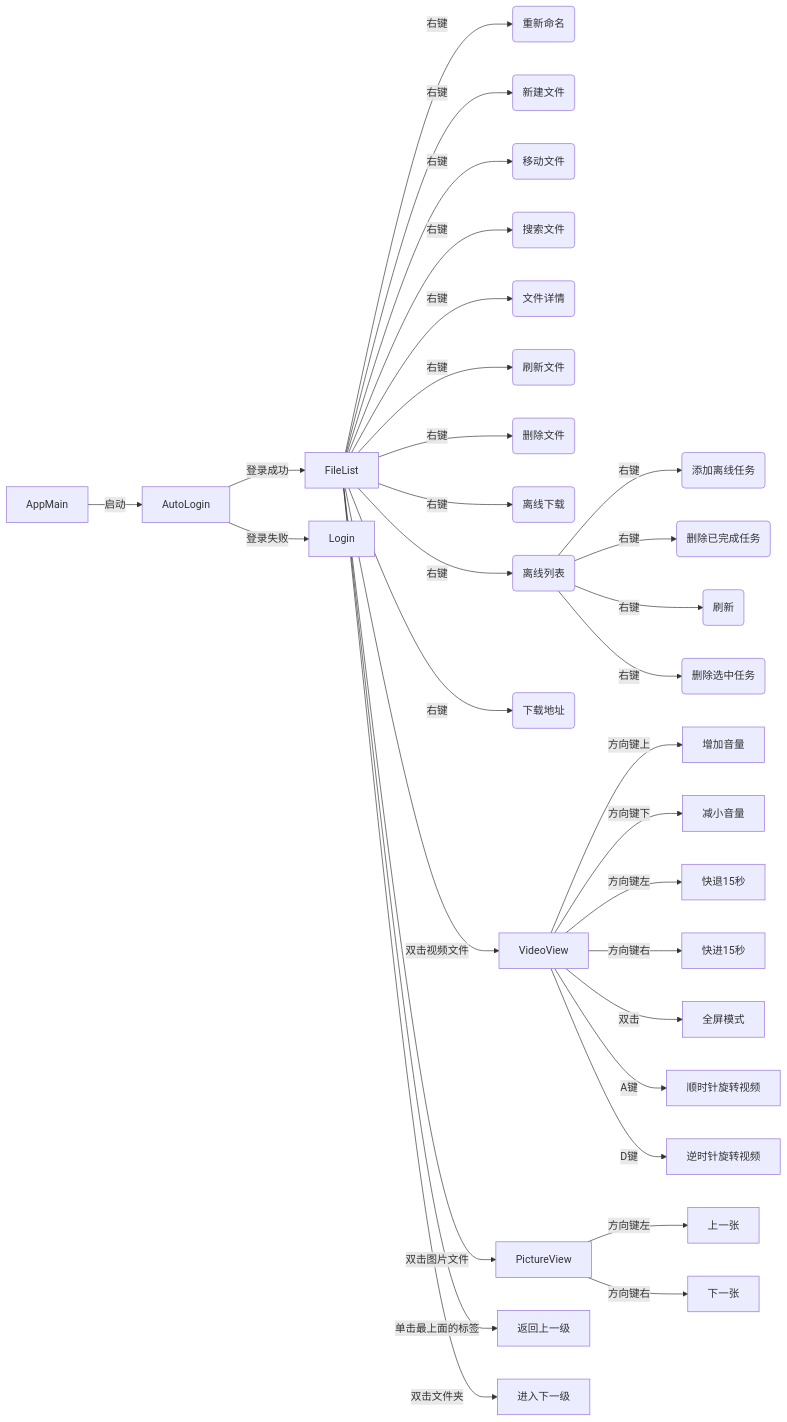
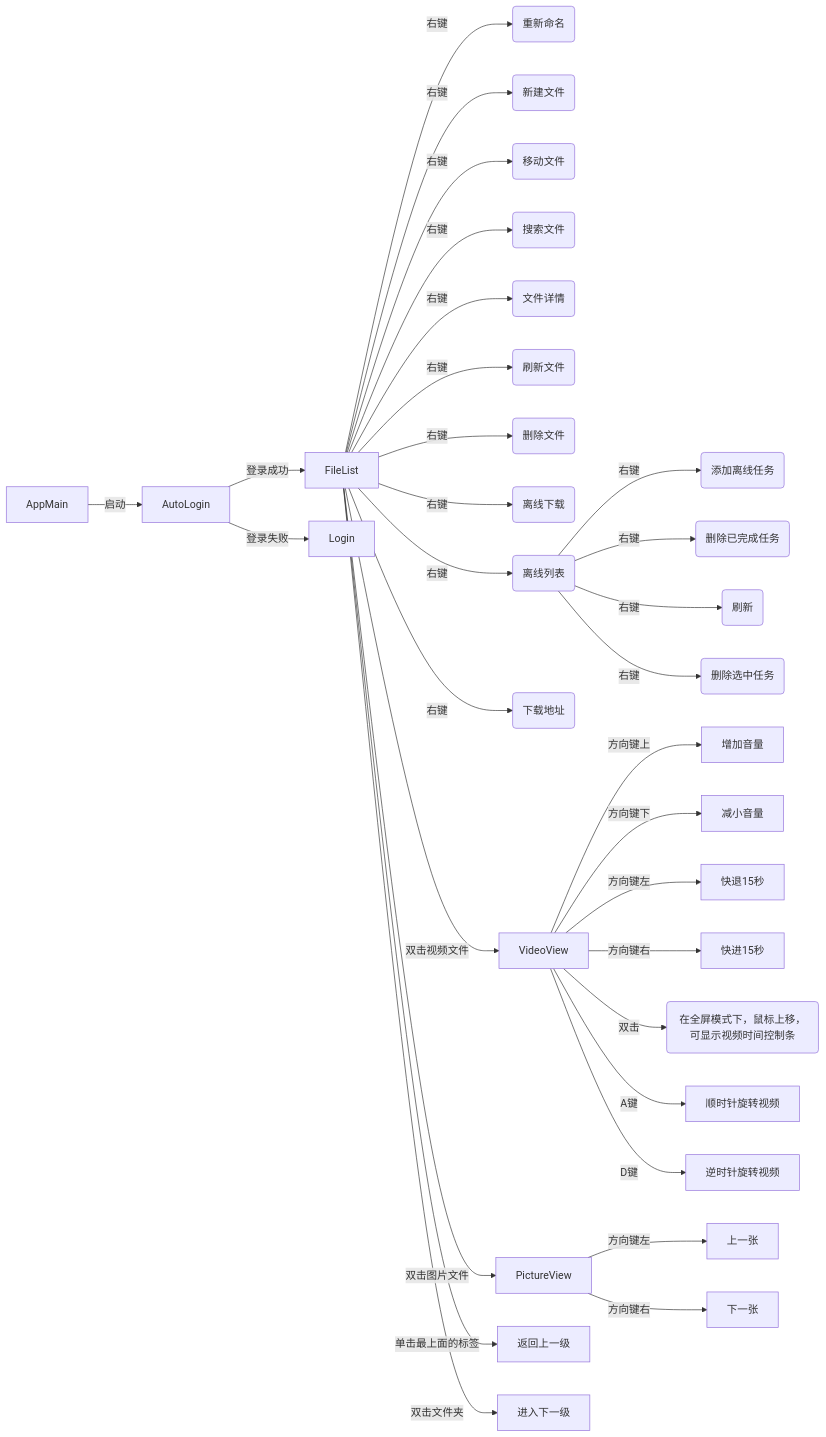
Before and after one commit to zerorooot/SixPan: the diagram in README.md, drawn with Mermaid. The commit also changed 4 other files, not shown here.

````diff
--- a/README.md
+++ b/README.md
@@ -30,32 +30,32 @@
 ```mermaid
 graph LR;
 AppMain--启动-->AutoLogin--登录成功-->FileList
 AutoLogin--登录失败-->Login
 FileList--右键-->editItem(重新命名)
 FileList--右键-->createFolderItem(新建文件)
 FileList--右键-->moveFileItem(移动文件)
 FileList--右键-->searchFileItem(搜索文件)
 FileList--右键-->fileInfoItem(文件详情)
 FileList--右键-->flushItem(刷新文件)
 FileList--右键-->deleteItem(删除文件)
 FileList--右键-->addOffLineItem(离线下载)
 FileList--右键-->offLineViewltem(离线列表)
 FileList--右键-->downloadItem(下载地址)
 offLineViewltem--右键-->offLineAdd(添加离线任务)
 offLineViewltem--右键-->deleteComplete(删除已完成任务)
 offLineViewltem--右键-->flush(刷新)
 offLineViewltem--右键-->deleteCurrent(删除选中任务)
 FileList--双击视频文件-->VideoView
 VideoView--方向键上-->增加音量
 VideoView--方向键下-->减小音量
 VideoView--方向键左-->快退15秒
 VideoView--方向键右-->快进15秒
-VideoView--双击-->全屏模式
+VideoView--双击-->全屏模式(在全屏模式下，鼠标上移，可显示视频时间控制条)
 VideoView--A键-->顺时针旋转视频
 VideoView--D键-->逆时针旋转视频
 FileList--双击图片文件-->PictureView
 PictureView--方向键左-->上一张
 PictureView--方向键右-->下一张
 FileList--单击最上面的标签-->返回上一级
 FileList--双击文件夹-->进入下一级
 ```
````
